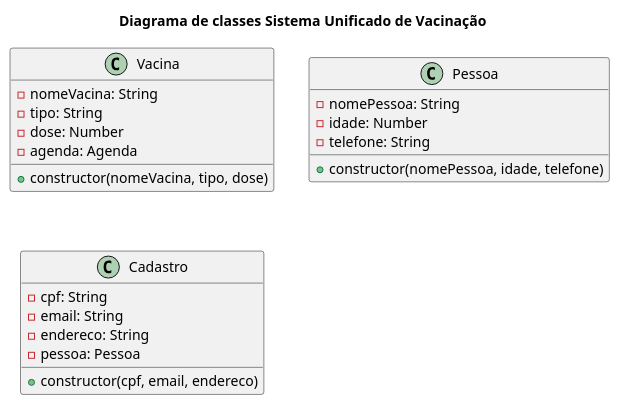
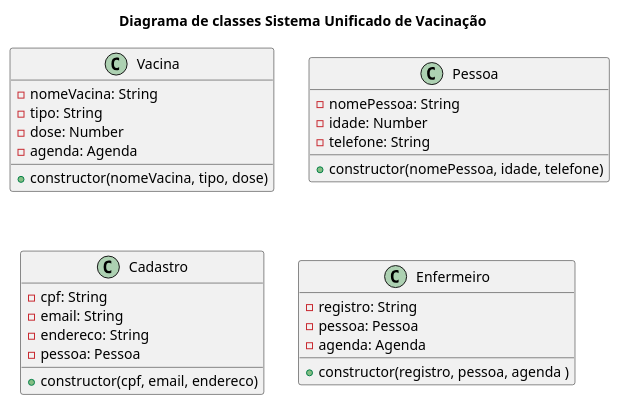
Before and after one commit to anleaes/2022-1-N2-POO-01: the diagram in diagrama_classe.plantuml, drawn with PlantUML.

Commit message:
Criação de classe Enfermeiro

```diff
--- a/diagrama_classe.plantuml
+++ b/diagrama_classe.plantuml
@@ -1,29 +1,36 @@
 @startuml
 
 title Diagrama de classes Sistema Unificado de Vacinação
 
 Class Vacina{
     - nomeVacina: String
     - tipo: String
     - dose: Number
     - agenda: Agenda
     + constructor(nomeVacina, tipo, dose)
 }
 
 class Pessoa{
     - nomePessoa: String
     - idade: Number
     - telefone: String
     + constructor(nomePessoa, idade, telefone)
 }
 
 class Cadastro {
     - cpf: String
     - email: String
     - endereco: String
     - pessoa: Pessoa
     + constructor(cpf, email, endereco)
 }
 
+class Enfermeiro {
+    - registro: String
+    - pessoa: Pessoa
+    - agenda: Agenda
+    + constructor(registro, pessoa, agenda )
+}
+
 
 @enduml
```
